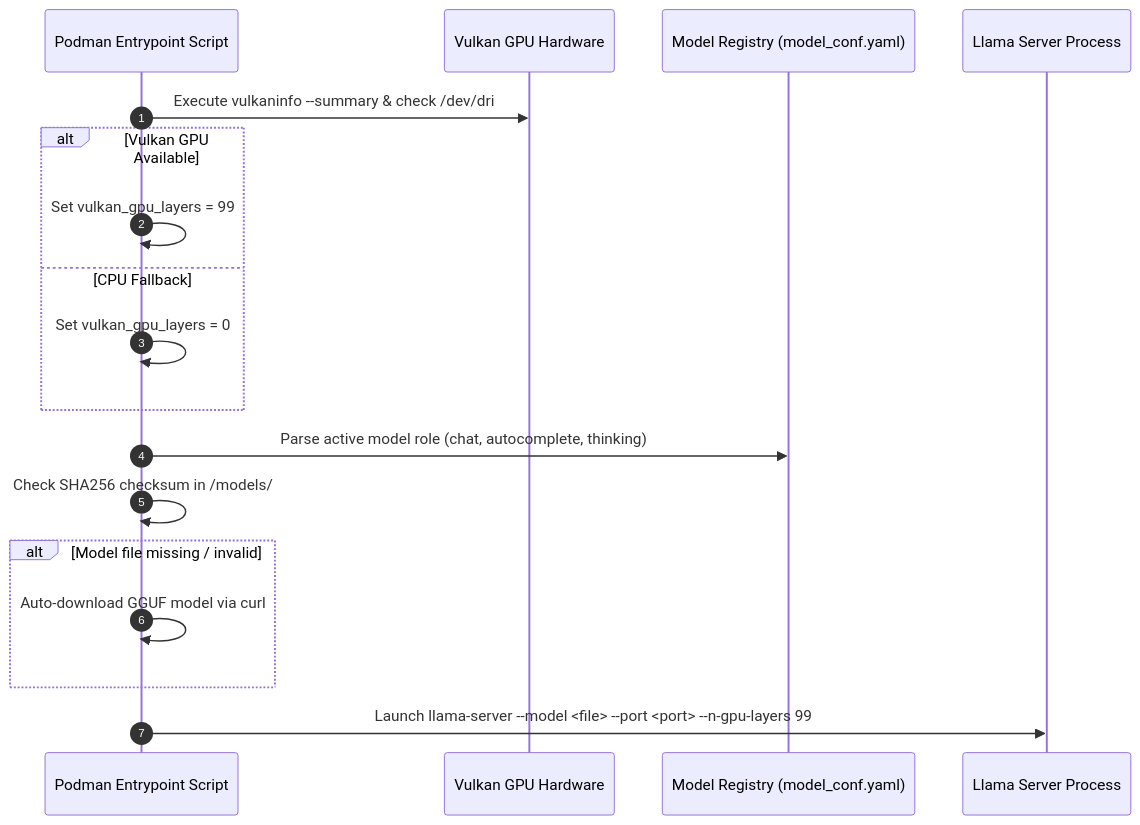
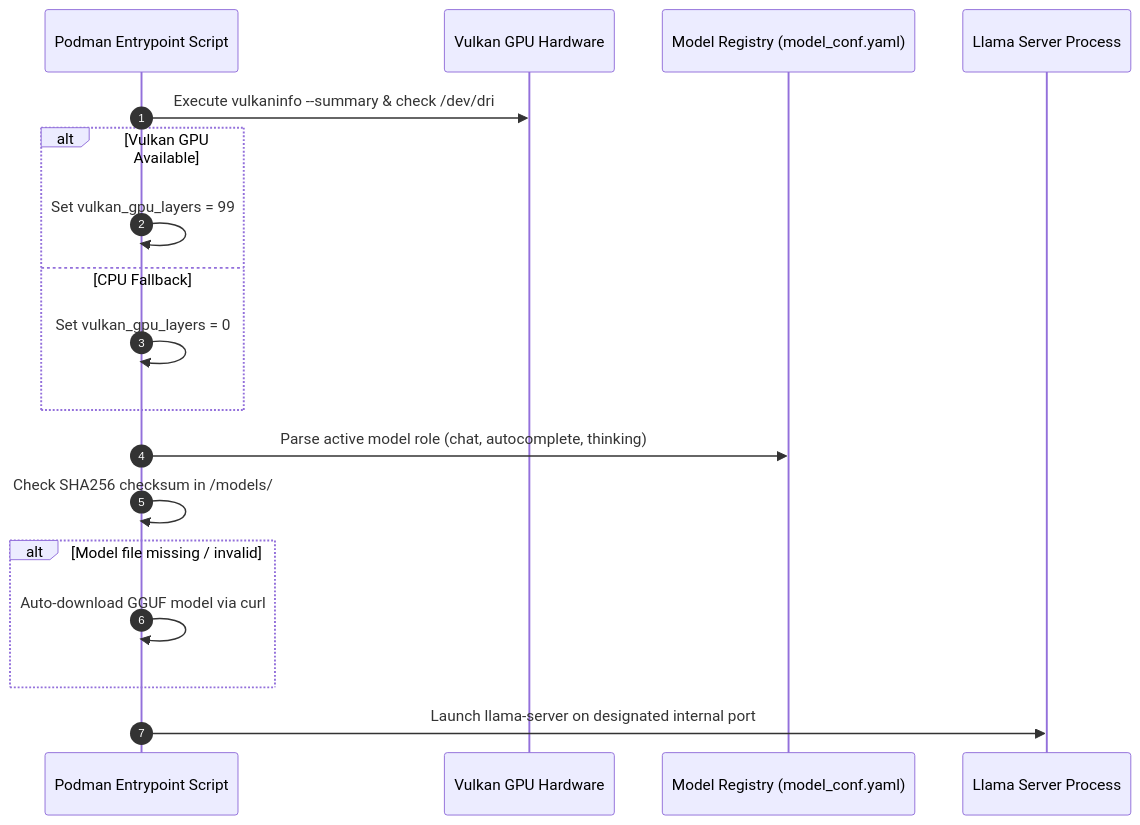
One commit to archanpaul/podllama changed the third of 4 diagrams in docs/design.md. Above: the diagram before and after it, drawn with Mermaid. The commit also changed other lines of this file and 13 other files, not shown here.

````diff
--- a/docs/design.md
+++ b/docs/design.md
@@ -120,23 +121,23 @@
 ```mermaid
 sequenceDiagram
     autonumber
     participant C as Podman Entrypoint Script
     participant V as Vulkan GPU Hardware
     participant M as Model Registry (model_conf.yaml)
     participant S as Llama Server Process
 
     C->>V: Execute vulkaninfo --summary & check /dev/dri
     alt Vulkan GPU Available
         C->>C: Set vulkan_gpu_layers = 99
     else CPU Fallback
         C->>C: Set vulkan_gpu_layers = 0
     end
 
     C->>M: Parse active model role (chat, autocomplete, thinking)
     C->>C: Check SHA256 checksum in /models/
     alt Model file missing / invalid
         C->>C: Auto-download GGUF model via curl
     end
 
-    C->>S: Launch llama-server --model <file> --port <port> --n-gpu-layers 99
+    C->>S: Launch llama-server on designated internal port
 ```
````
